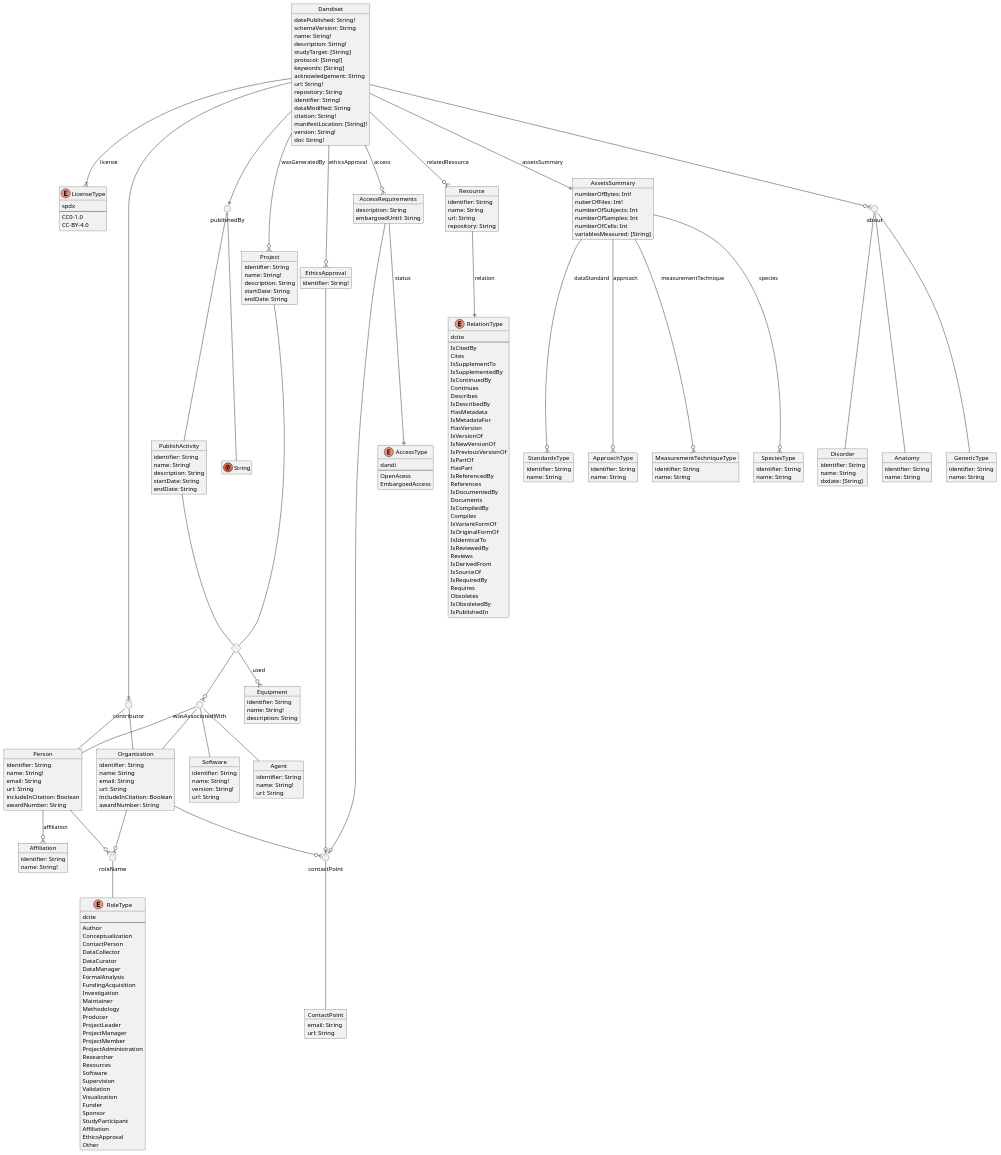
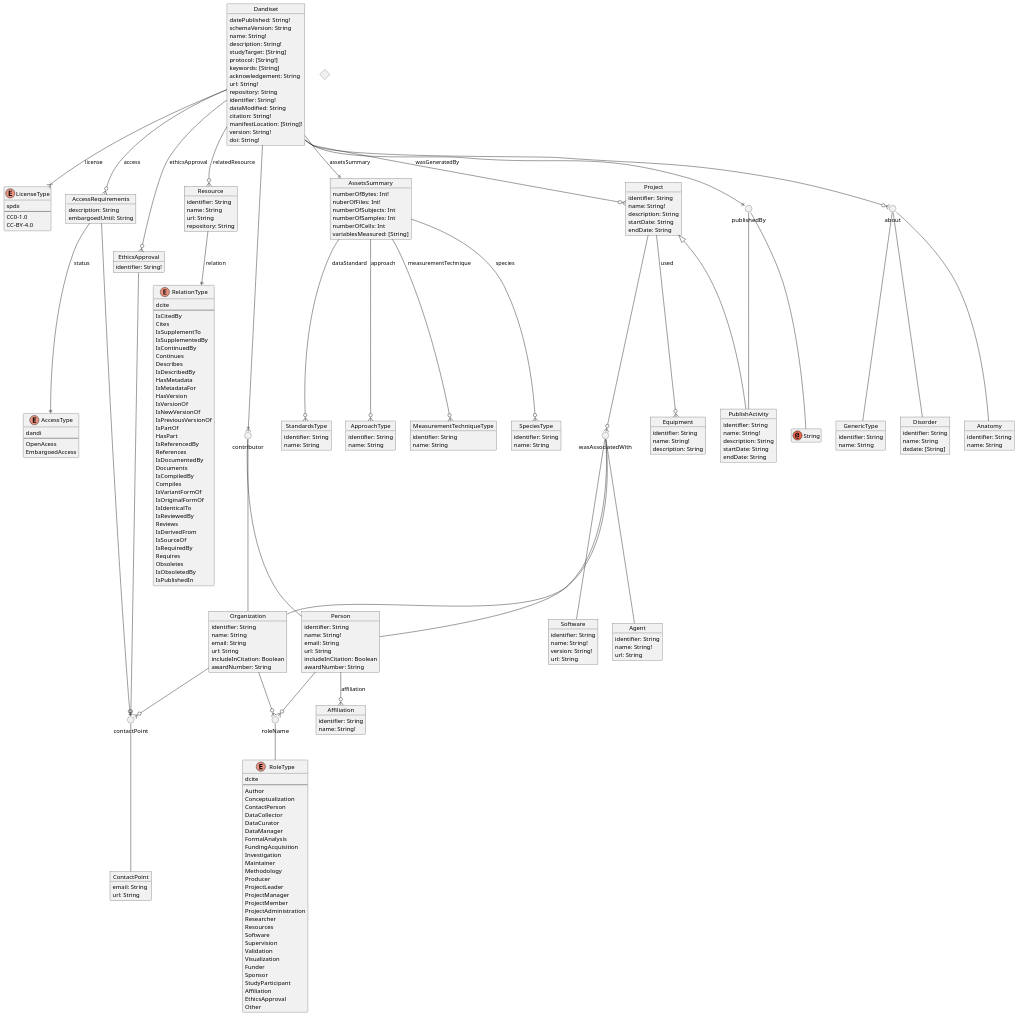
Before and after one commit to BICCN/BCDC-Metadata: the diagram in design/schema/dandi_published.puml, drawn with PlantUML. The commit also changed 4 other files, not shown here.

Commit message:
Update schema with preferred data wrangling schema

```diff
--- a/design/schema/dandi_published.puml
+++ b/design/schema/dandi_published.puml
@@ -273,24 +273,26 @@
 
 Resource --|| RelationType : relation
 
+
+Project <|-- PublishActivity
 diamond foo
 
-PublishActivity -- foo
-Project -- foo
+'PublishActivity -- foo
+'Project -- foo
 
 circle wasAssociatedWith
-'Project --o{ wasAssociatedWith
+Project --o{ wasAssociatedWith
 'PublishActivity --o{ wasAssociatedWith
-foo --o{ wasAssociatedWith
+'foo --o{ wasAssociatedWith
 wasAssociatedWith -- Person
 wasAssociatedWith -- Organization
 wasAssociatedWith -- Software
 wasAssociatedWith -- Agent
 
 
-'Project --o{ used
+Project --o{ Equipment : used
 'PublishActivity --o{ used
-foo --o{ Equipment : used
+'foo --o{ Equipment : used
 
 
 AssetsSummary --o{ StandardsType : dataStandard
```
